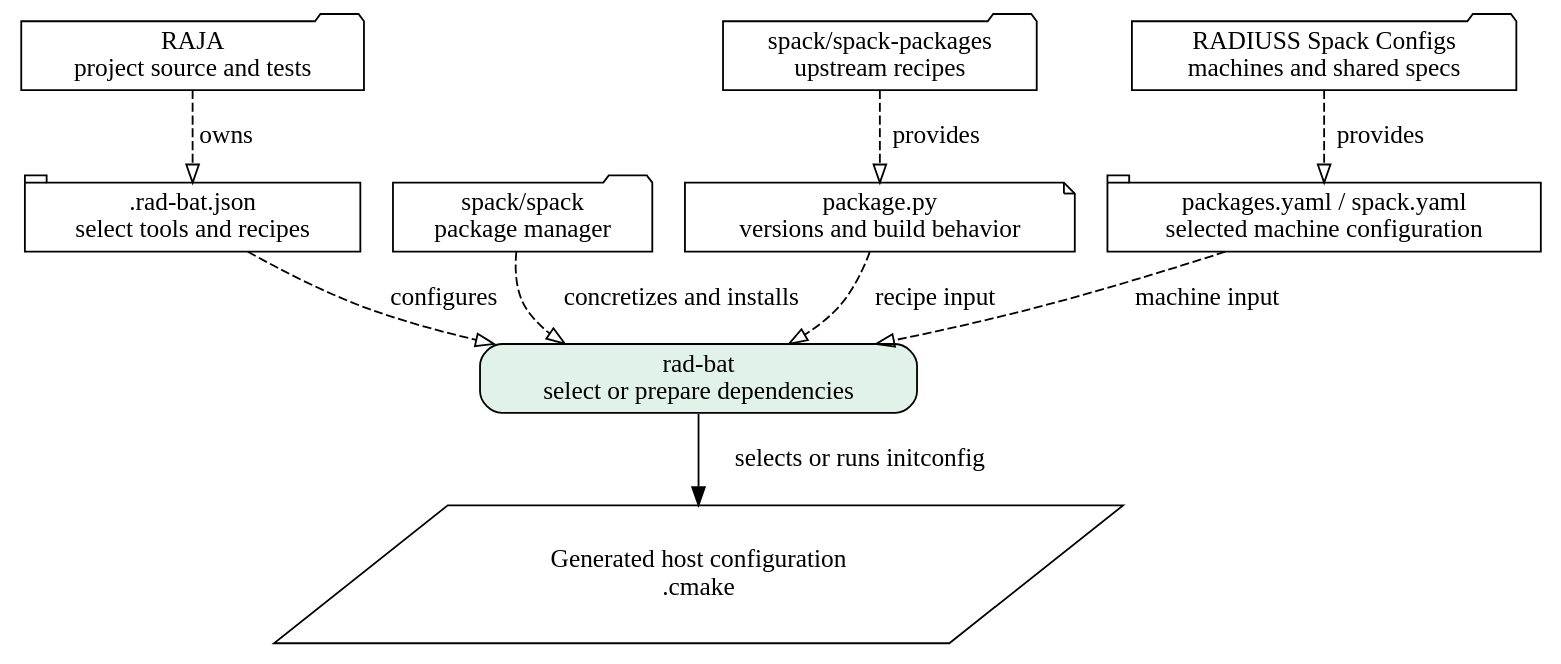
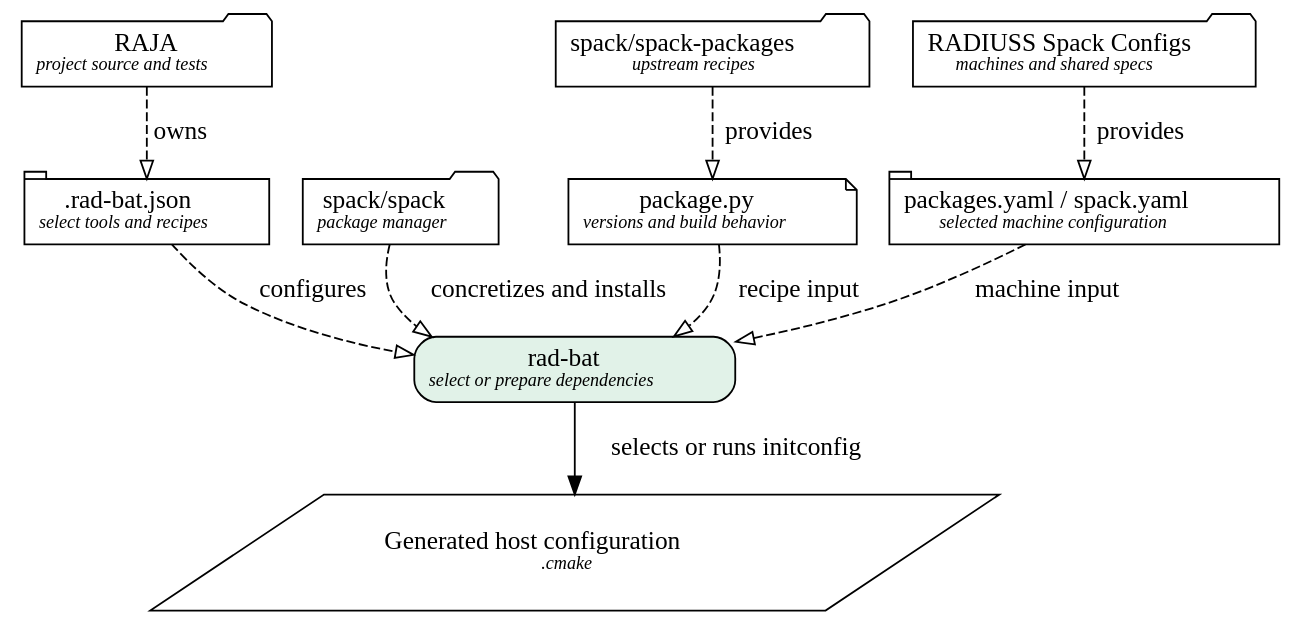
One commit to llnl/radiuss-spack-configs changed the diagram in docs/sphinx/figures/components.dot. Above: the diagram before and after it, drawn with Graphviz. The commit also changed 6 other files, not shown here.

Commit message:
docs: distinguish diagram descriptions

```diff
--- a/docs/sphinx/figures/components.dot
+++ b/docs/sphinx/figures/components.dot
@@ -1,21 +1,21 @@
 // SPDX-License-Identifier: MIT
 digraph components {
   rankdir=TB;
-  project [label="RAJA\nproject source and tests", shape=folder, fillcolor="#e3edf7"];
-  settings [label=".rad-bat.json\nselect tools and recipes", shape=tab, fillcolor="#eee8f5"];
-  spack [label="spack/spack\npackage manager", shape=folder, fillcolor="#e3edf7"];
-  recipes [label="spack/spack-packages\nupstream recipes", shape=folder, fillcolor="#e3edf7"];
-  recipe [label="package.py\nversions and build behavior", shape=note, fillcolor="#fff2cf"];
-  configs [label="RADIUSS Spack Configs\nmachines and shared specs", shape=folder, fillcolor="#e3edf7"];
-  machine [label="packages.yaml / spack.yaml\nselected machine configuration", shape=tab, fillcolor="#eee8f5"];
-  radbat [label="rad-bat\nselect or prepare dependencies", shape=box, style="rounded,filled", fillcolor="#e1f2e8"];
-  host [label="Generated host configuration\n.cmake", shape=parallelogram, fillcolor="#dcf2f4"];
+  project [label=<RAJA<BR/><FONT POINT-SIZE="10"><I>project source and tests</I></FONT>>, shape=folder, fillcolor="#e3edf7"];
+  settings [label=<.rad-bat.json<BR/><FONT POINT-SIZE="10"><I>select tools and recipes</I></FONT>>, shape=tab, fillcolor="#eee8f5"];
+  spack [label=<spack/spack<BR/><FONT POINT-SIZE="10"><I>package manager</I></FONT>>, shape=folder, fillcolor="#e3edf7"];
+  recipes [label=<spack/spack-packages<BR/><FONT POINT-SIZE="10"><I>upstream recipes</I></FONT>>, shape=folder, fillcolor="#e3edf7"];
+  recipe [label=<package.py<BR/><FONT POINT-SIZE="10"><I>versions and build behavior</I></FONT>>, shape=note, fillcolor="#fff2cf"];
+  configs [label=<RADIUSS Spack Configs<BR/><FONT POINT-SIZE="10"><I>machines and shared specs</I></FONT>>, shape=folder, fillcolor="#e3edf7"];
+  machine [label=<packages.yaml / spack.yaml<BR/><FONT POINT-SIZE="10"><I>selected machine configuration</I></FONT>>, shape=tab, fillcolor="#eee8f5"];
+  radbat [label=<rad-bat<BR/><FONT POINT-SIZE="10"><I>select or prepare dependencies</I></FONT>>, shape=box, style="rounded,filled", fillcolor="#e1f2e8"];
+  host [label=<Generated host configuration<BR/><FONT POINT-SIZE="10"><I>.cmake</I></FONT>>, shape=parallelogram, fillcolor="#dcf2f4"];
   project -> settings [style=dashed, arrowhead=empty, label="owns"];
   settings -> radbat [style=dashed, arrowhead=empty, label="configures"];
   recipes -> recipe [style=dashed, arrowhead=empty, label="provides"];
   configs -> machine [style=dashed, arrowhead=empty, label="provides"];
   spack -> radbat [style=dashed, arrowhead=empty, label="concretizes and installs"];
   recipe -> radbat [style=dashed, arrowhead=empty, label="recipe input"];
   machine -> radbat [style=dashed, arrowhead=empty, label="machine input"];
   radbat -> host [label="selects or runs initconfig"];
 }
```
